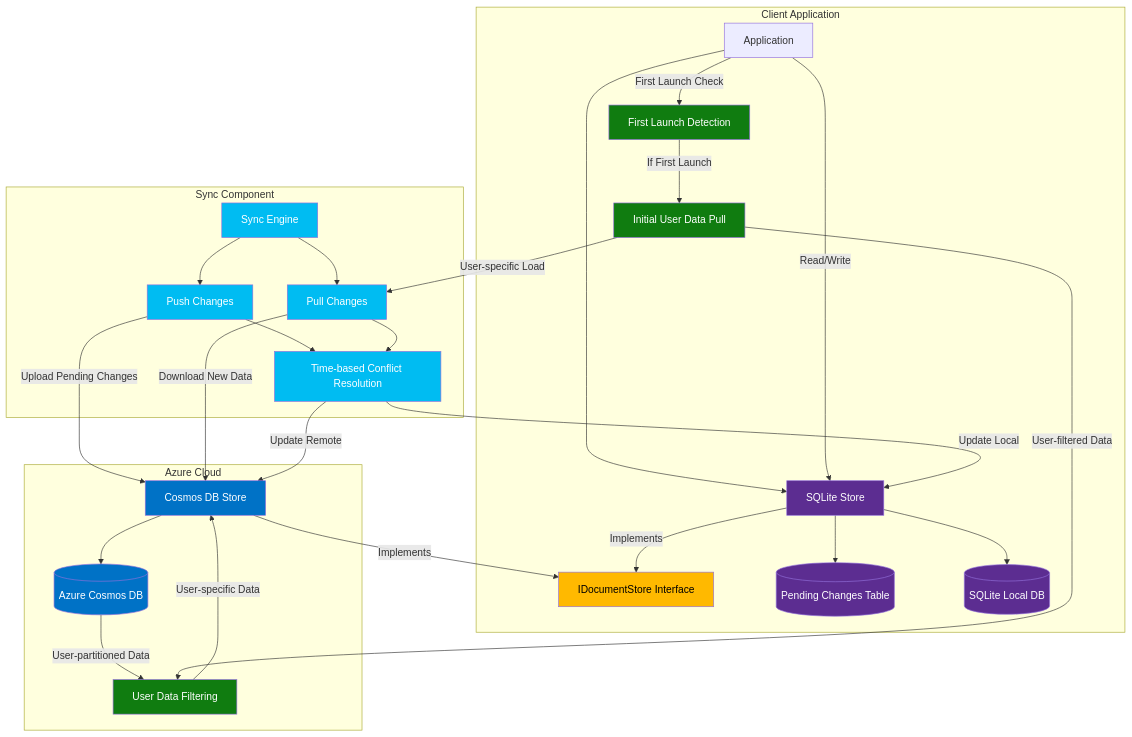
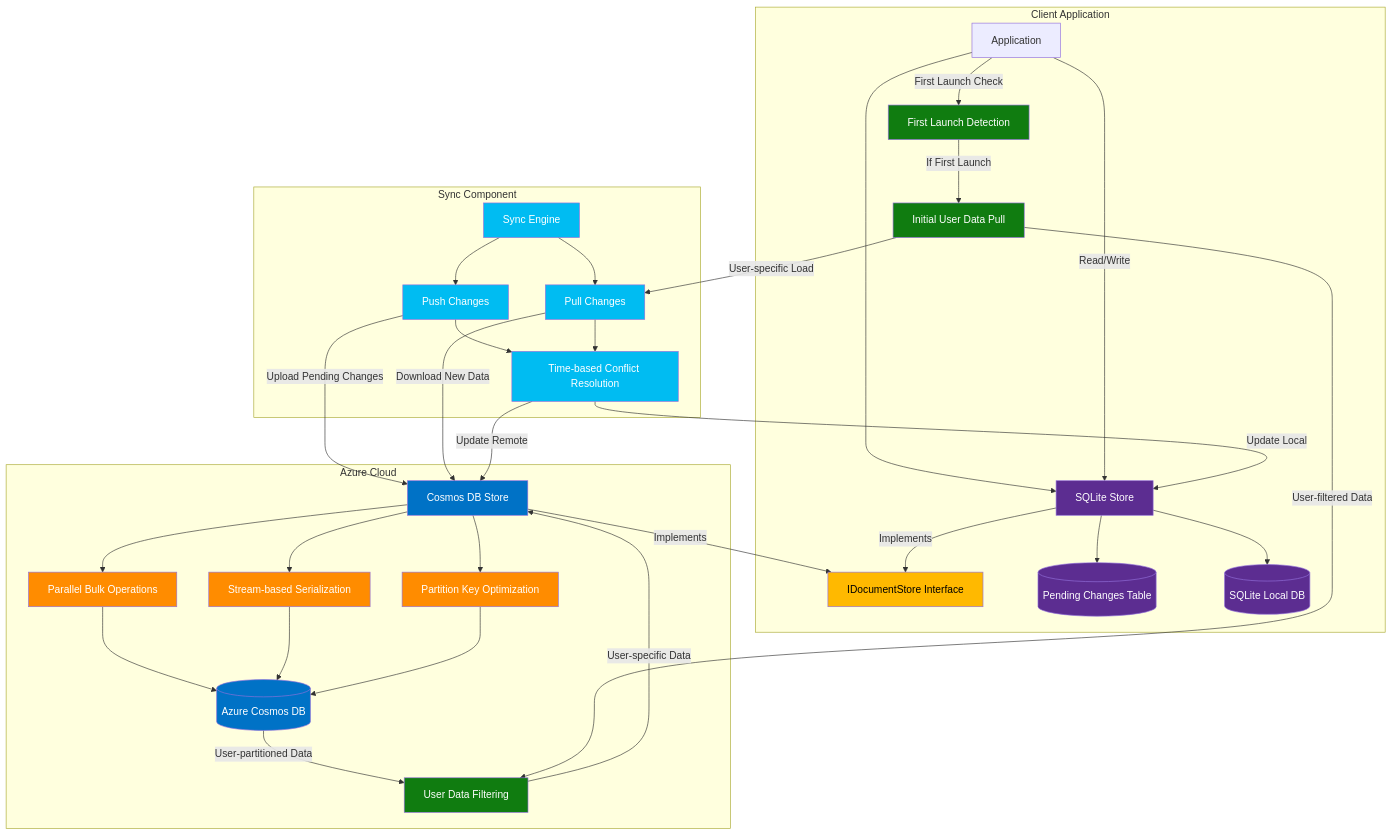
One commit to madhugilla/customsync changed the first of 2 diagrams in README.md. Above: the diagram before and after it, drawn with Mermaid. The commit also changed other lines of this file, not shown here.

Commit message:
docs: Update README to reflect enhancements in CosmosDbStore, including optimized bulk operations, serialization, and error handling

````diff
--- a/README.md
+++ b/README.md
@@ -11,45 +11,52 @@
 ```mermaid
 graph TD
     subgraph Client Application
         App[Application] --> LocalStore[SQLite Store]
         LocalStore -- Implements --> IStore[IDocumentStore Interface]
         LocalStore --> PendingChanges[(Pending Changes Table)]
         LocalStore --> LocalDB[(SQLite Local DB)]
         App -- First Launch Check --> FirstLaunch[First Launch Detection]
         FirstLaunch -- If First Launch --> InitialPull[Initial User Data Pull]
     end
     
     subgraph Sync Component
         SyncEngine[Sync Engine] --> Push[Push Changes]
         SyncEngine --> Pull[Pull Changes]
         InitialPull -- User-specific Load --> Pull
         Push --> ConflictResolution[Time-based Conflict Resolution]
         Pull --> ConflictResolution
     end
     
     subgraph Azure Cloud
         RemoteStore[Cosmos DB Store] -- Implements --> IStore
-        RemoteStore --> CosmosDB[(Azure Cosmos DB)]
+        RemoteStore --> OptimizedBulk[Parallel Bulk Operations]
+        RemoteStore --> StreamSerialization[Stream-based Serialization]
+        RemoteStore --> PointReadOpt[Partition Key Optimization]
+        OptimizedBulk --> CosmosDB[(Azure Cosmos DB)]
+        StreamSerialization --> CosmosDB
+        PointReadOpt --> CosmosDB
         CosmosDB -- User-partitioned Data --> UserFilter[User Data Filtering]
     end
     
     App -- Read/Write --> LocalStore
     Push -- Upload Pending Changes --> RemoteStore
     Pull -- Download New Data --> RemoteStore
     InitialPull -- User-filtered Data --> UserFilter
     UserFilter -- User-specific Data --> RemoteStore
     ConflictResolution -- Update Local --> LocalStore
     ConflictResolution -- Update Remote --> RemoteStore
     
     classDef azure fill:#0072C6,color:white;
     classDef local fill:#5C2D91,color:white;
     classDef component fill:#00BCF2,color:white;
     classDef interface fill:#FFB900,color:black;
     classDef user fill:#107C10,color:white;
+    classDef optimization fill:#FF8C00,color:white;
     
     class RemoteStore,CosmosDB azure;
     class LocalStore,LocalDB,PendingChanges local;
     class SyncEngine,Push,Pull,ConflictResolution component;
     class IStore interface;
     class FirstLaunch,InitialPull,UserFilter user;
+    class OptimizedBulk,StreamSerialization,PointReadOpt optimization;
 ```
````
